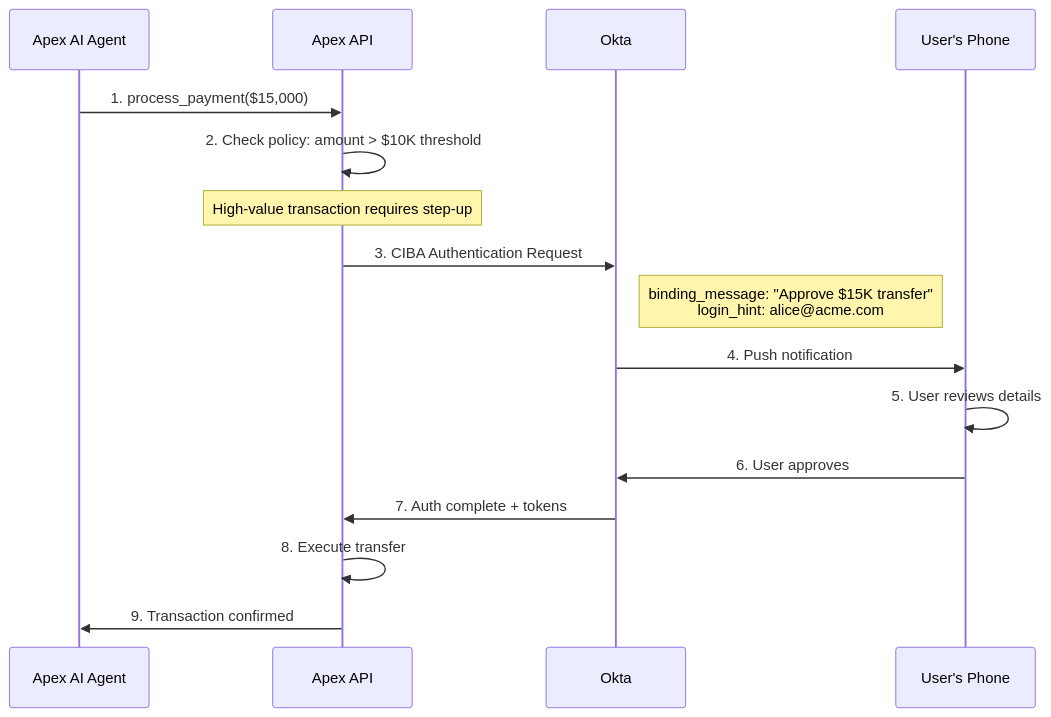
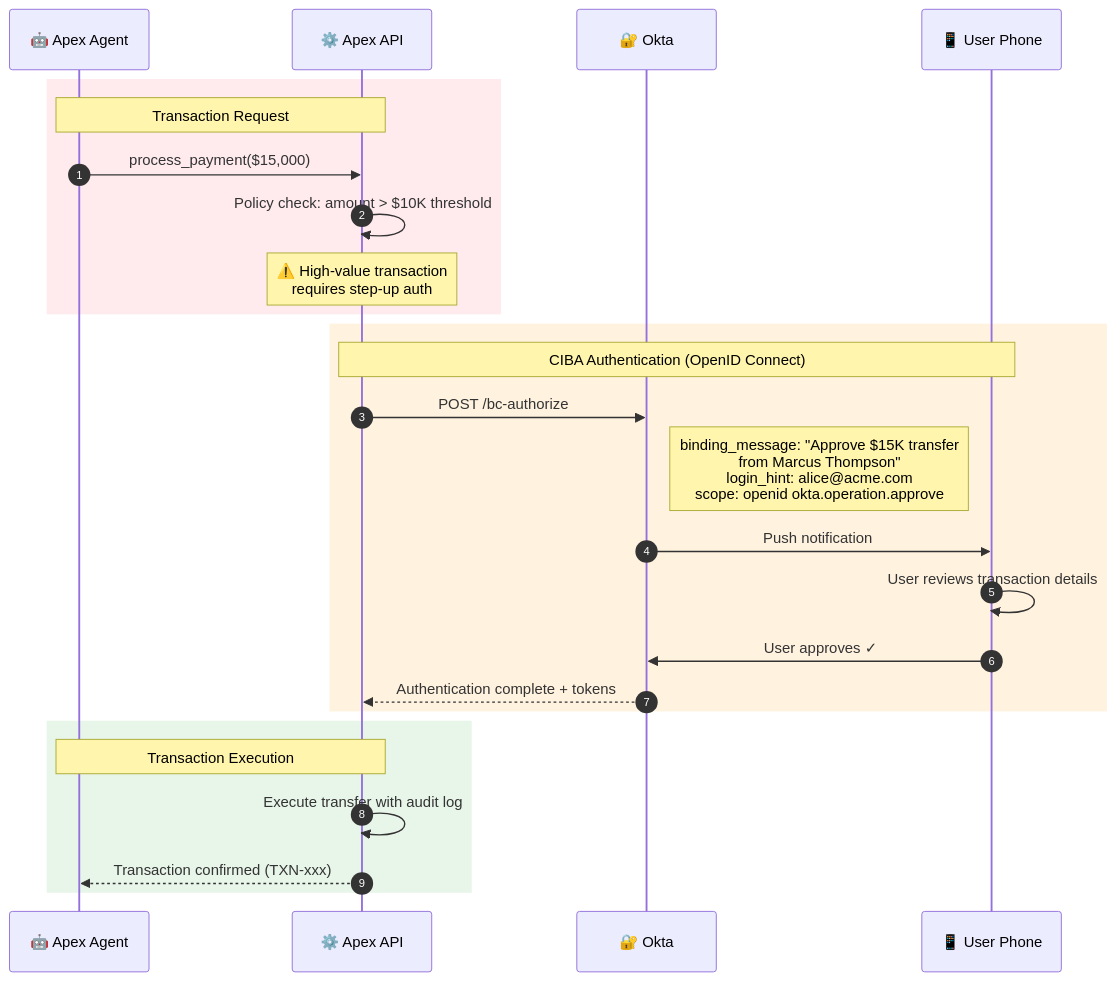
The fourth of 4 diagrams in README.md (kunkol/apex-wealth-advisor), drawn with Mermaid before and after one commit. The commit also changed other lines of this file and 3 other files, not shown here.

````diff
--- a/README.md
+++ b/README.md
@@ -182,21 +204,32 @@
 ```mermaid
 sequenceDiagram
-    participant Agent as Apex AI Agent
-    participant API as Apex API
-    participant Okta
-    participant Phone as User's Phone
-
-    Agent->>API: 1. process_payment($15,000)
-    API->>API: 2. Check policy: amount > $10K threshold
+    autonumber
     
-    Note over API: High-value transaction requires step-up
+    participant Agent as 🤖 Apex Agent
+    participant API as ⚙️ Apex API
+    participant Okta as 🔐 Okta
+    participant Phone as 📱 User Phone
     
-    API->>Okta: 3. CIBA Authentication Request
-    Note right of Okta: binding_message: "Approve $15K transfer"<br/>login_hint: alice@acme.com
-    Okta->>Phone: 4. Push notification
-    Phone->>Phone: 5. User reviews details
-    Phone->>Okta: 6. User approves
-    Okta->>API: 7. Auth complete + tokens
-    API->>API: 8. Execute transfer
-    API->>Agent: 9. Transaction confirmed
+    rect rgb(255, 235, 238)
+    Note over Agent,API: Transaction Request
+    Agent->>API: process_payment($15,000)
+    API->>API: Policy check: amount > $10K threshold
+    Note over API: ⚠️ High-value transaction<br/>requires step-up auth
+    end
+    
+    rect rgb(255, 243, 224)
+    Note over API,Phone: CIBA Authentication (OpenID Connect)
+    API->>Okta: POST /bc-authorize
+    Note right of Okta: binding_message: "Approve $15K transfer<br/>from Marcus Thompson"<br/>login_hint: alice@acme.com<br/>scope: openid okta.operation.approve
+    Okta->>Phone: Push notification
+    Phone->>Phone: User reviews transaction details
+    Phone->>Okta: User approves ✓
+    Okta-->>API: Authentication complete + tokens
+    end
+    
+    rect rgb(232, 245, 233)
+    Note over API,Agent: Transaction Execution
+    API->>API: Execute transfer with audit log
+    API-->>Agent: Transaction confirmed (TXN-xxx)
+    end
 ```
````
